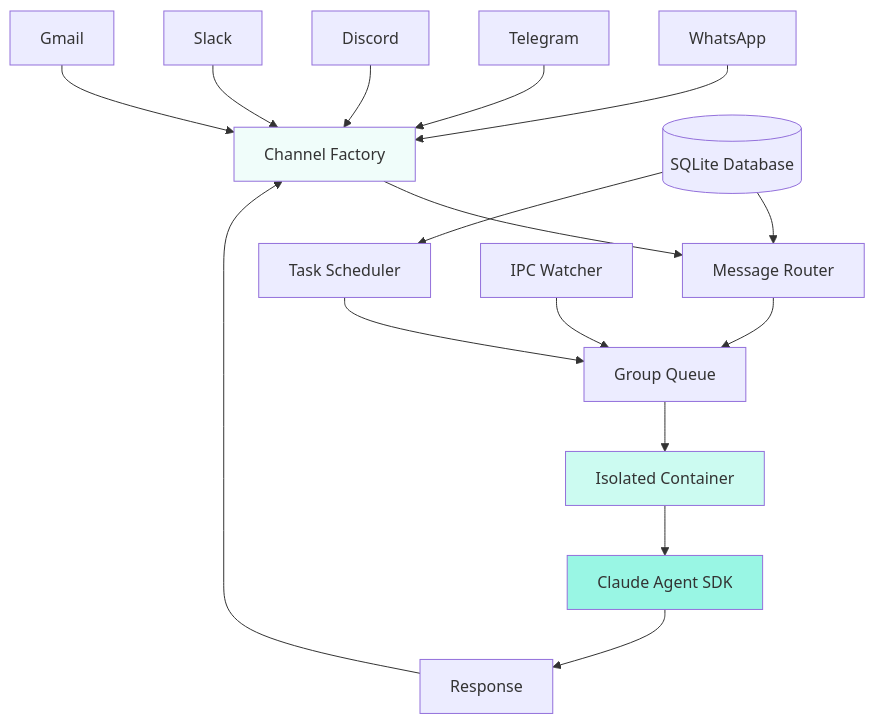
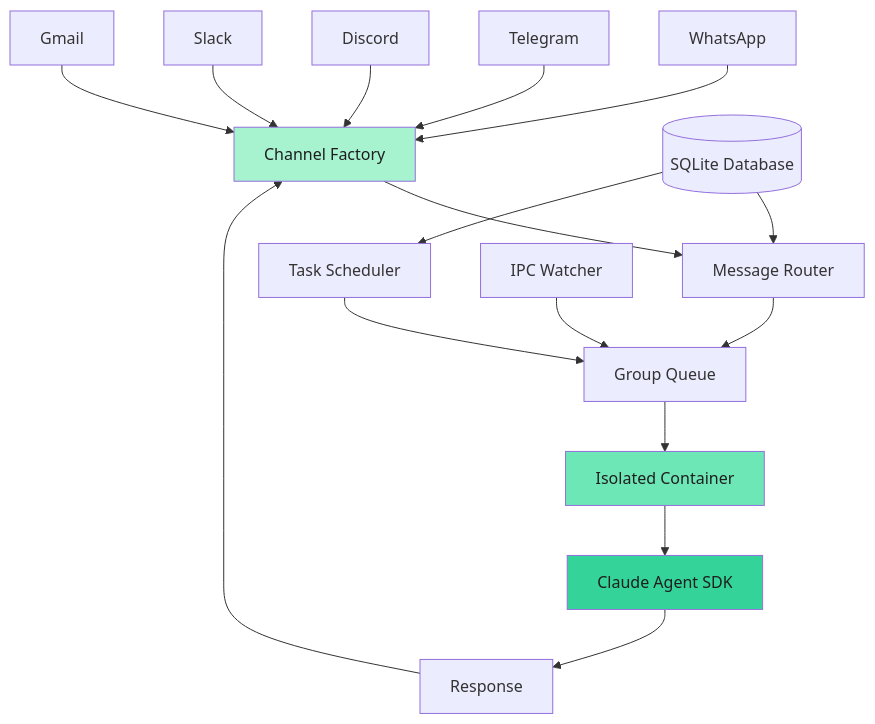
One commit to glifocat/nanoclaw-docs changed the first of 3 diagrams in concepts/architecture.mdx. Above: the diagram before and after it, drawn with Mermaid. The commit also changed other lines of this file and 4 other files, not shown here.

````diff
--- a/concepts/architecture.mdx
+++ b/concepts/architecture.mdx
@@ -13,24 +13,24 @@
 ```mermaid
 graph TB
     WA[WhatsApp] --> CF[Channel Factory]
     TG[Telegram] --> CF
     DC[Discord] --> CF
     SL[Slack] --> CF
     GM[Gmail] --> CF
     CF --> Router[Message Router]
     Router --> Queue[Group Queue]
     Queue --> Container[Isolated Container]
     Container --> Agent[Claude Agent SDK]
     Agent --> Response[Response]
     Response --> CF
 
     Scheduler[Task Scheduler] --> Queue
     IPC[IPC Watcher] --> Queue
 
     DB[(SQLite Database)] --> Router
     DB --> Scheduler
 
-    style Container fill:#ccfbf1
-    style Agent fill:#99f6e4
-    style CF fill:#f0fdfa
+    style Container fill:#6ee7b7,color:#1e1e1e
+    style Agent fill:#34d399,color:#1e1e1e
+    style CF fill:#a7f3d0,color:#1e1e1e
 ```
````
